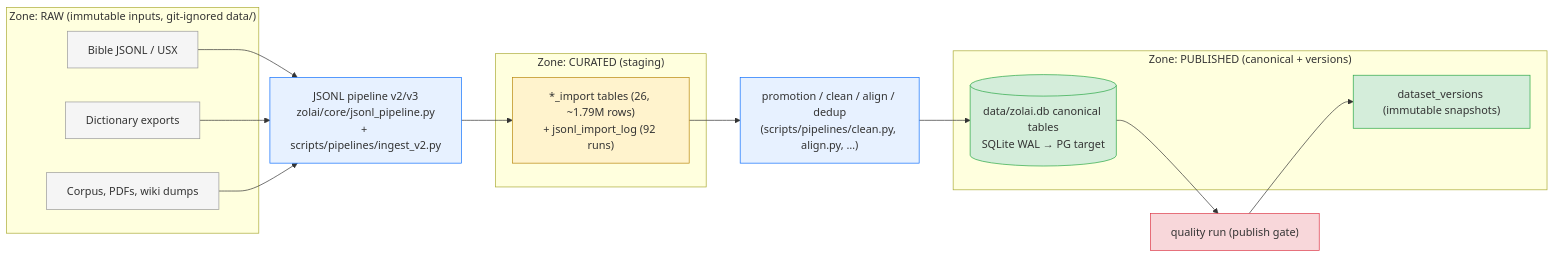
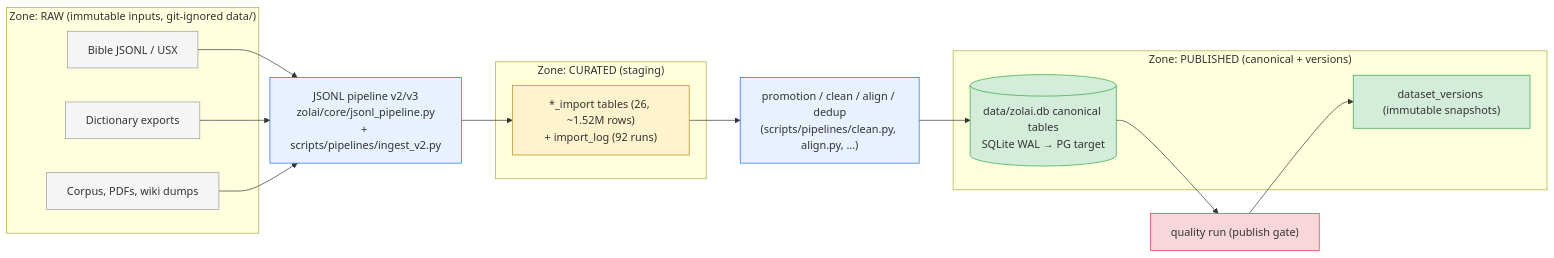
One commit to Zolai-AI/.github changed the diagram in docs/pipelines/ingestion.md. Above: the diagram before and after it, drawn with Mermaid. The commit also changed other lines of this file and 12 other files, not shown here.

Commit message:
docs(audit): fix import-log attribution and API route counts in data platform suite

````diff
--- a/docs/pipelines/ingestion.md
+++ b/docs/pipelines/ingestion.md
@@ -24,26 +24,26 @@
 ```mermaid
 flowchart LR
   subgraph Z1["Zone: RAW (immutable inputs, git-ignored data/)"]
     S1["Bible JSONL / USX"]:::raw
     S2["Dictionary exports"]:::raw
     S3["Corpus, PDFs, wiki dumps"]:::raw
   end
   subgraph Z2["Zone: CURATED (staging)"]
-    IMP["*_import tables (26, ~1.79M rows)<br/>+ jsonl_import_log (92 runs)"]:::cur
+    IMP["*_import tables (26, ~1.52M rows)<br/>+ import_log (92 runs)"]:::cur
   end
   subgraph Z3["Zone: PUBLISHED (canonical + versions)"]
     CAN[("data/zolai.db canonical tables<br/>SQLite WAL → PG target")]:::pub
     DV["dataset_versions (immutable snapshots)"]:::pub
   end
   S1 --> PIPE["JSONL pipeline v2/v3<br/>zolai/core/jsonl_pipeline.py<br/>+ scripts/pipelines/ingest_v2.py"]:::pipe
   S2 --> PIPE
   S3 --> PIPE
   PIPE --> IMP --> PROM["promotion / clean / align / dedup<br/>(scripts/pipelines/clean.py, align.py, …)"]:::pipe
   PROM --> CAN --> Q["quality run (publish gate)"]:::q
   Q --> DV
   classDef raw fill:#f5f5f5,stroke:#999;
   classDef cur fill:#fff3cd,stroke:#b8860b;
   classDef pub fill:#d4edda,stroke:#28a745;
   classDef pipe fill:#e7f1ff,stroke:#0d6efd;
   classDef q fill:#f8d7da,stroke:#dc3545;
 ```
````
